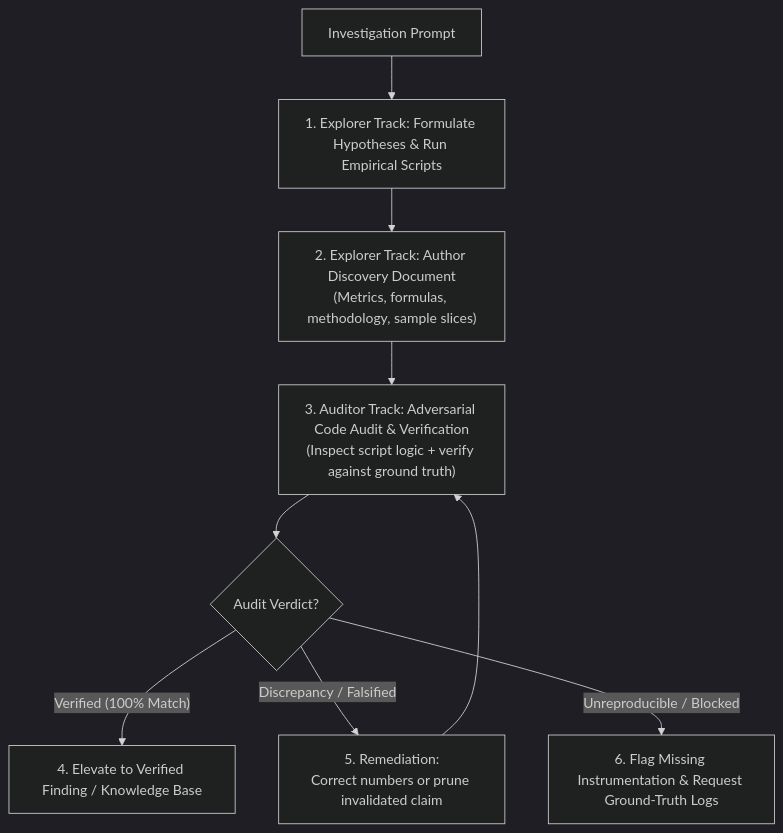
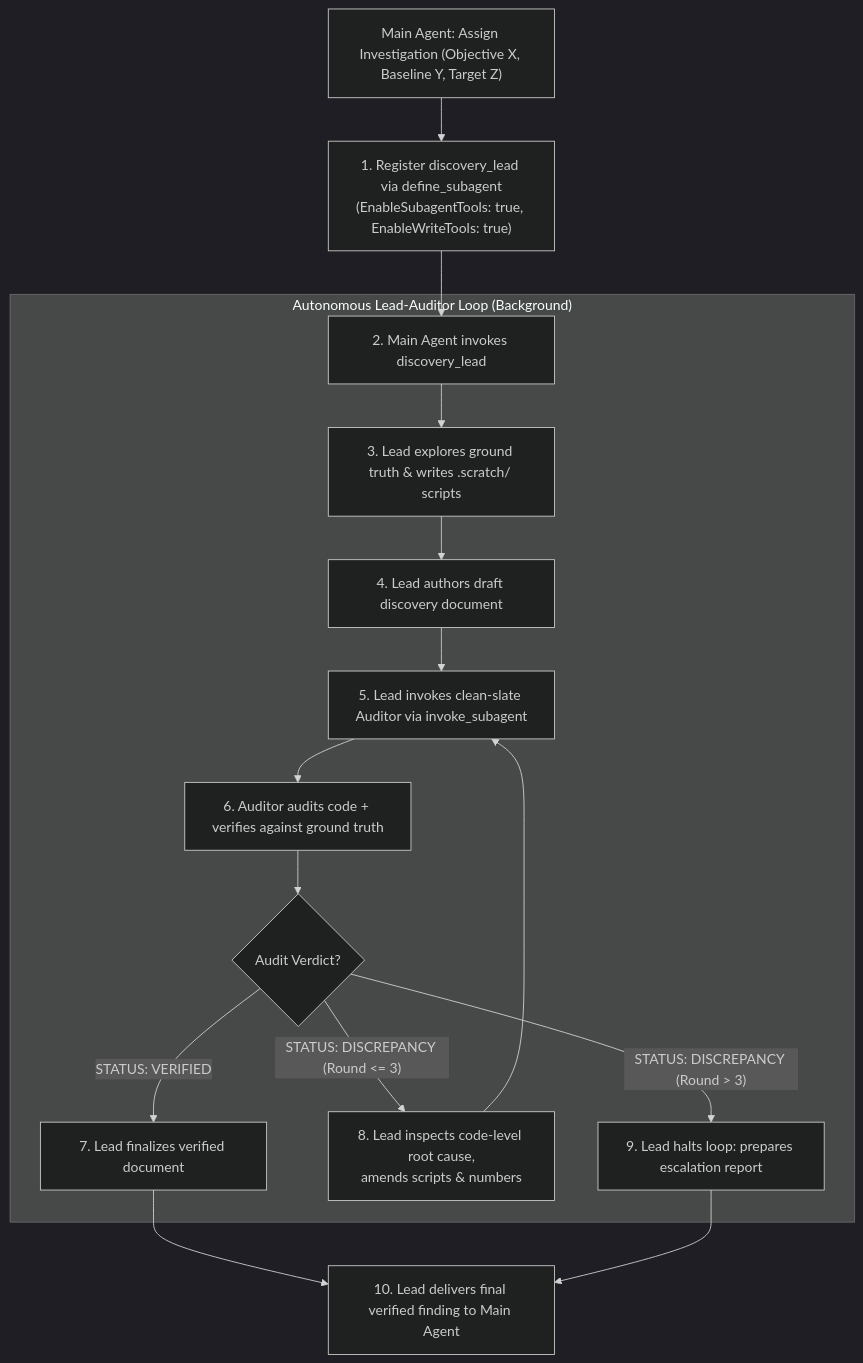
One commit to loerei/myskills changed the diagram in engineering/empirical-discovery-loop/SKILL.md. Above: the diagram before and after it, drawn with Mermaid (dark theme). The commit also changed other lines of this file, not shown here.

Commit message:
feat(empirical-discovery-loop): decentralize loop into autonomous lead-auditor self-healing architecture

````diff
--- a/engineering/empirical-discovery-loop/SKILL.md
+++ b/engineering/empirical-discovery-loop/SKILL.md
@@ -23,11 +23,20 @@
 ```mermaid
 flowchart TD
-    Start["Investigation Prompt"] --> Phase1["1. Explorer Track: Formulate Hypotheses & Run Empirical Scripts"]
-    Phase1 --> DraftDoc["2. Explorer Track: Author Discovery Document<br/>(Metrics, formulas, methodology, sample slices)"]
-    DraftDoc --> Phase2["3. Auditor Track: Adversarial Code Audit & Verification<br/>(Inspect script logic + verify against ground truth)"]
-    Phase2 --> AuditCheck{"Audit Verdict?"}
-    AuditCheck -->|"Verified (100% Match)"| Finalize["4. Elevate to Verified Finding / Knowledge Base"]
-    AuditCheck -->|"Discrepancy / Falsified"| Remediation["5. Remediation:<br/>Correct numbers or prune invalidated claim"]
-    Remediation --> Phase2
-    AuditCheck -->|"Unreproducible / Blocked"| ReproHalt["6. Flag Missing Instrumentation & Request Ground-Truth Logs"]
+    Start["Main Agent: Assign Investigation (Objective X, Baseline Y, Target Z)"] --> Register["1. Register discovery_lead via define_subagent<br/>(EnableSubagentTools: true, EnableWriteTools: true)"]
+    Register --> SpawnLead["2. Main Agent invokes discovery_lead"]
+    
+    subgraph LEAD_LOOP["Autonomous Lead-Auditor Loop (Background)"]
+        SpawnLead --> Explore["3. Lead explores ground truth & writes .scratch/ scripts"]
+        Explore --> Draft["4. Lead authors draft discovery document"]
+        Draft --> SpawnAuditor["5. Lead invokes clean-slate Auditor via invoke_subagent"]
+        SpawnAuditor --> AuditExec["6. Auditor audits code + verifies against ground truth"]
+        AuditExec --> AuditVerdict{"Audit Verdict?"}
+        
+        AuditVerdict -->|"STATUS: VERIFIED"| FinalDoc["7. Lead finalizes verified document"]
+        AuditVerdict -->|"STATUS: DISCREPANCY (Round <= 3)"| Amend["8. Lead inspects code-level root cause,<br/>amends scripts & numbers"] --> SpawnAuditor
+        AuditVerdict -->|"STATUS: DISCREPANCY (Round > 3)"| Escalate["9. Lead halts loop: prepares escalation report"]
+    end
+    
+    FinalDoc --> ReportMain["10. Lead delivers final verified finding to Main Agent"]
+    Escalate --> ReportMain
 ```
````
